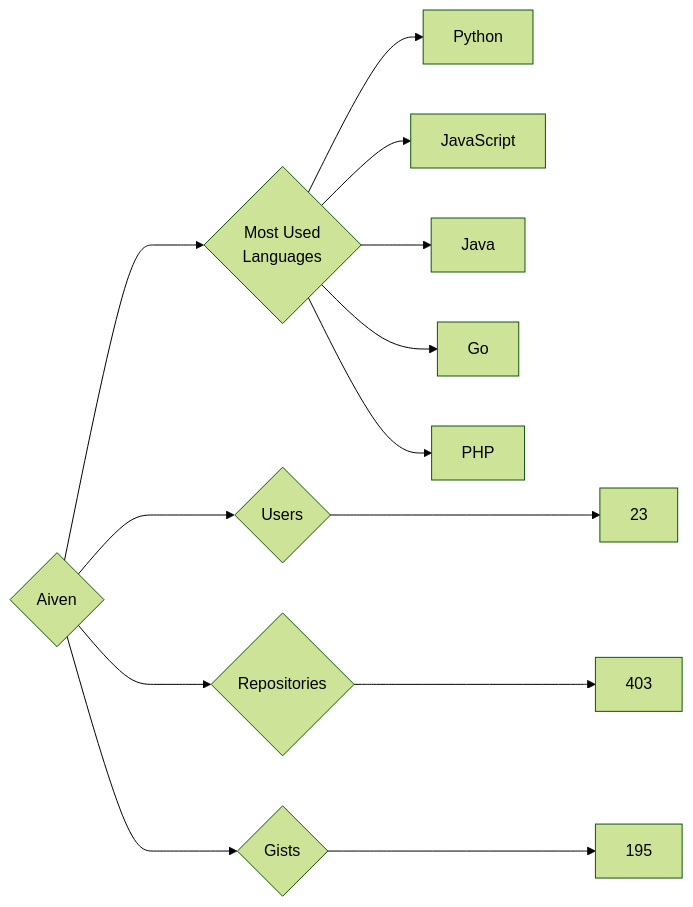
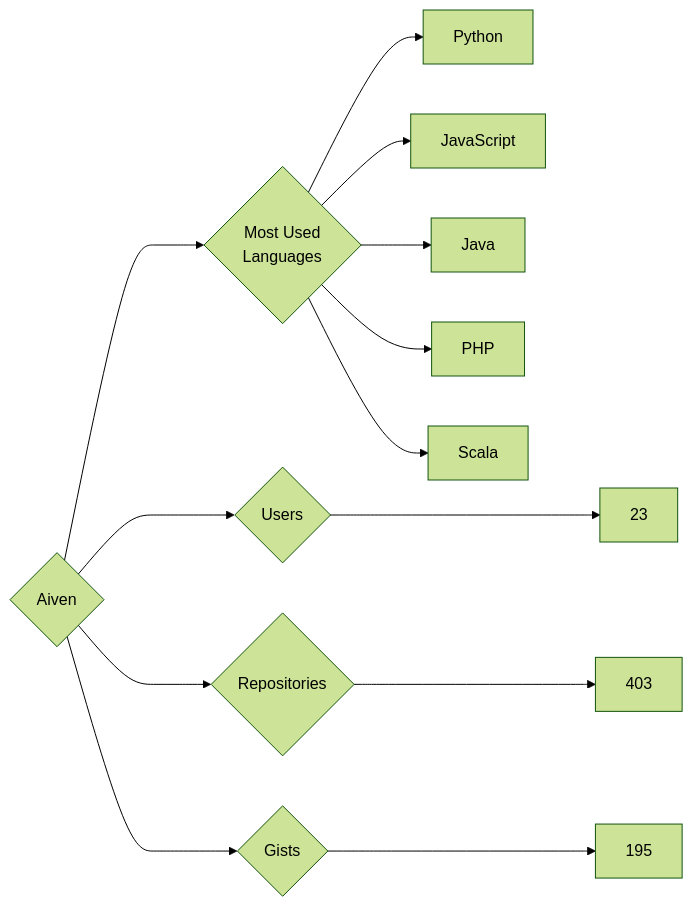
Before and after one commit to trickest/insiders: the diagram in targets/Aiven/README.md, drawn with Mermaid (forest theme). The commit also changed 720 other files, not shown here.

````diff
--- a/targets/Aiven/README.md
+++ b/targets/Aiven/README.md
@@ -3,13 +3,13 @@
 ```mermaid
 graph LR
 COMPANY_NAME{Aiven}
 COMPANY_NAME ---> U{Users} ---> UN[23]
 COMPANY_NAME ---> R{Repositories} ---> RN[403]
 COMPANY_NAME ---> G{Gists} ---> GN[195]
 COMPANY_NAME ---> ML{Most Used<br>Languages}
 ML --> Python[Python]
 ML --> JavaScript[JavaScript]
 ML --> Java[Java]
-ML --> Go[Go]
 ML --> PHP[PHP]
+ML --> Scala[Scala]
 ```
````
